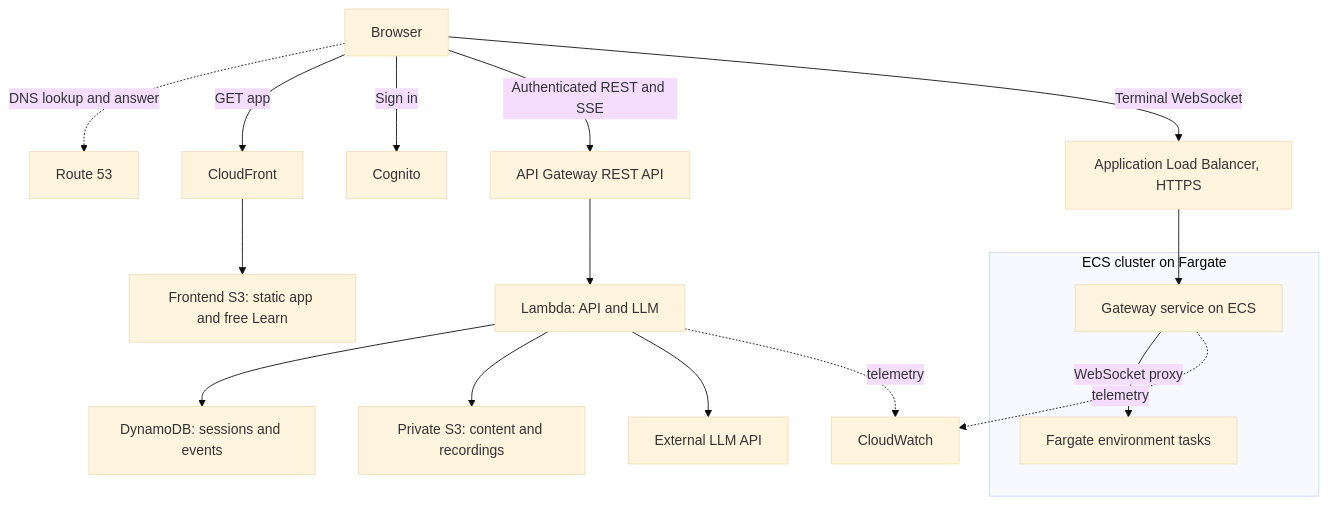
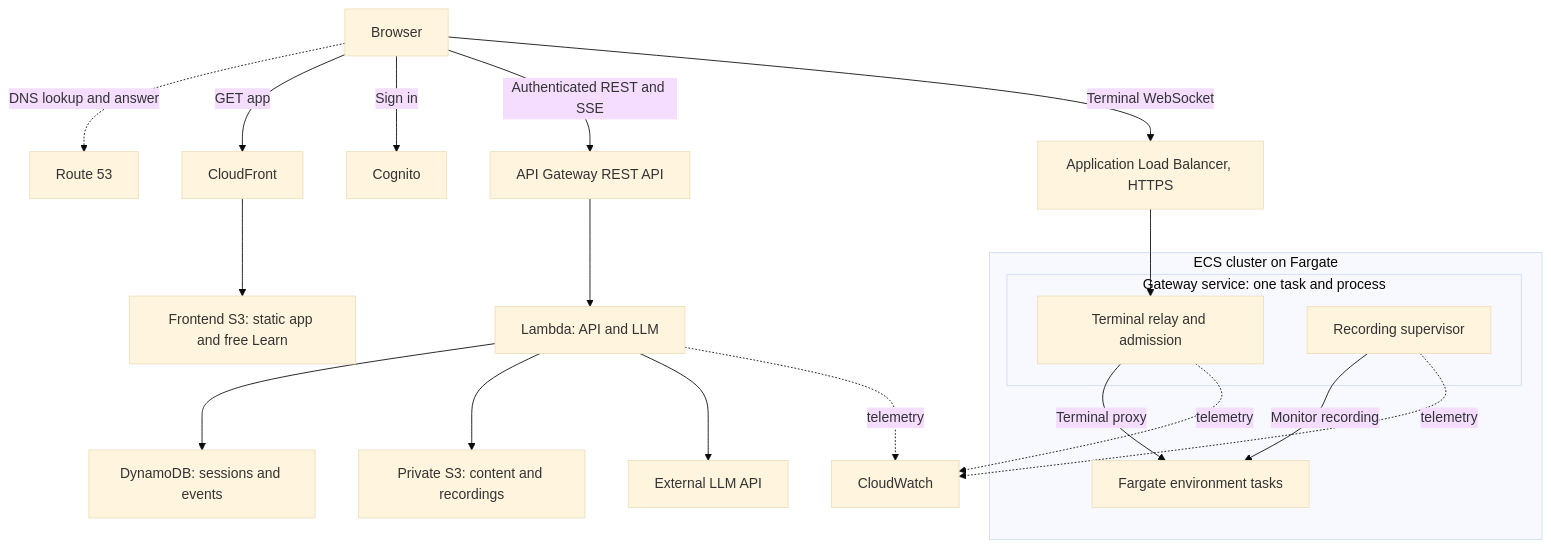
One commit to ehz0ah/OpsReplay changed the second of 2 diagrams in docs/architecture.md. Above: the diagram before and after it, drawn with Mermaid (base theme). The commit also changed other lines of this file and 11 other files, not shown here.

````diff
--- a/docs/architecture.md
+++ b/docs/architecture.md
@@ -65,21 +72,26 @@
 ```mermaid
 flowchart TB
   Browser -. DNS lookup and answer .-> R53[Route 53]
   Browser -->|GET app| CF[CloudFront]
   CF --> Web[Frontend S3: static app and free Learn]
   Browser -->|Sign in| Cognito
   Browser -->|Authenticated REST and SSE| APIGW[API Gateway REST API]
   APIGW --> Lambda[Lambda: API and LLM]
   Lambda --> DDB[DynamoDB: sessions and events]
   Lambda --> Private[Private S3: content and recordings]
   Lambda --> Provider[External LLM API]
   Browser -->|Terminal WebSocket| ALB[Application Load Balancer, HTTPS]
-  ALB --> Gateway[Gateway service on ECS]
+  ALB --> Relay
   subgraph Cluster[ECS cluster on Fargate]
-    Gateway
+    subgraph Gateway[Gateway service: one task and process]
+      Relay[Terminal relay and admission]
+      Recorder[Recording supervisor]
+    end
     Tasks[Fargate environment tasks]
   end
-  Gateway -->|WebSocket proxy| Tasks
+  Relay -->|Terminal proxy| Tasks
+  Recorder -->|Monitor recording| Tasks
   Lambda -. telemetry .-> CW[CloudWatch]
-  Gateway -. telemetry .-> CW
+  Relay -. telemetry .-> CW
+  Recorder -. telemetry .-> CW
 ```
````
